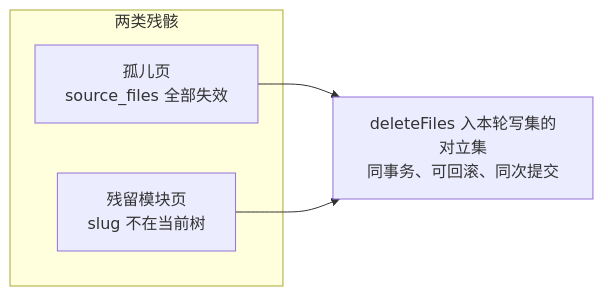
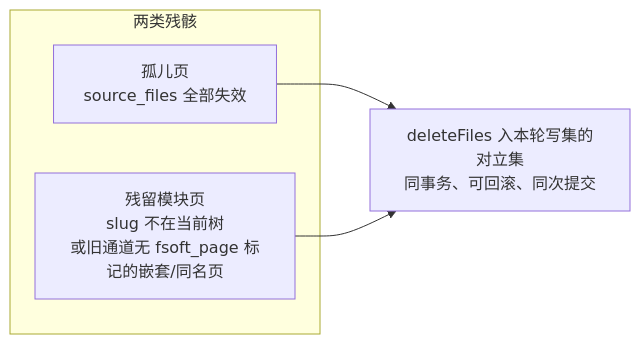
One commit to ikliml666/dsh-codewiki changed the sixth of 7 diagrams in .codewiki/modules/native-output-application-logic.md. Above: the diagram before and after it, drawn with Mermaid. The commit also changed other lines of this file and 58 other files, not shown here.

````diff
--- a/.codewiki/modules/native-output-application-logic.md
+++ b/.codewiki/modules/native-output-application-logic.md
@@ -248,9 +256,9 @@
 ```mermaid
 flowchart LR
     subgraph "两类残骸"
         O["孤儿页<br/>source_files 全部失效"]
-        S["残留模块页<br/>slug 不在当前树"]
+        S["残留模块页<br/>slug 不在当前树<br/>或旧通道无 fsoft_page 标记的嵌套/同名页"]
     end
     O --> DEL["deleteFiles 入本轮写集的对立集<br/>同事务、可回滚、同次提交"]
     S --> DEL
 ```
````
